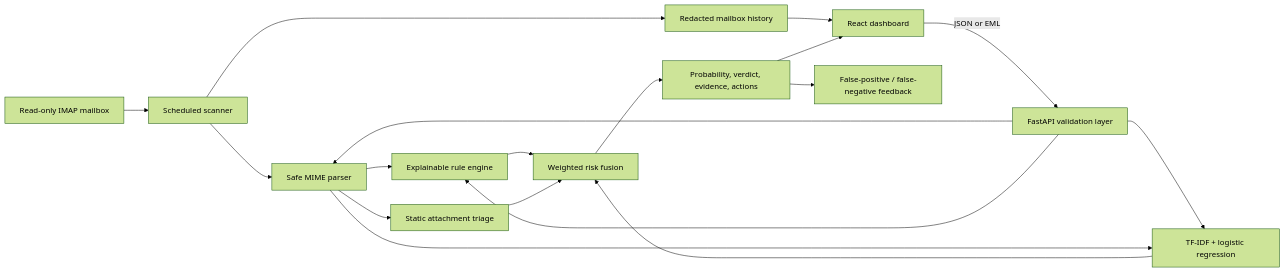
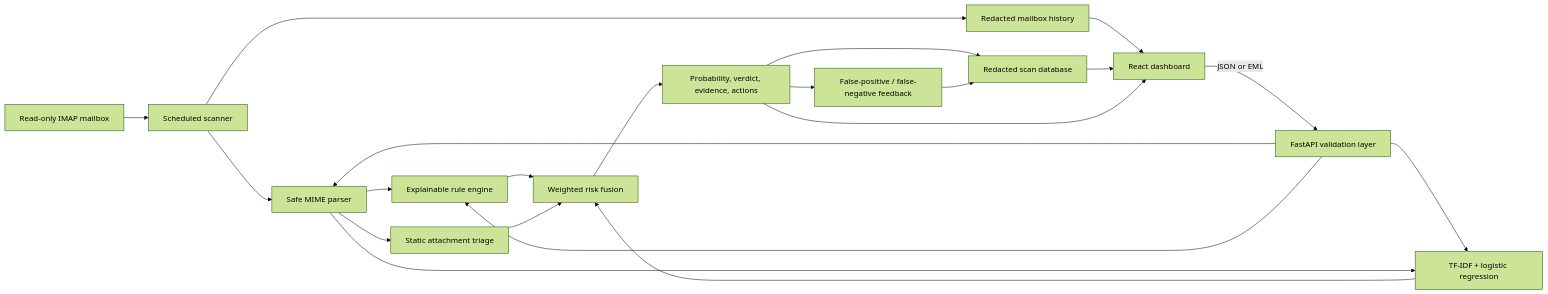
The diagram in README.md (khaledhamadeh2-lgtm/ai-phishing-email-detector), drawn with Mermaid (forest theme) before and after one commit. The commit also changed other lines of this file and 10 other files, not shown here.

````diff
--- a/README.md
+++ b/README.md
@@ -29,20 +29,23 @@
 ```mermaid
 flowchart LR
     Mailbox["Read-only IMAP mailbox"] --> Worker["Scheduled scanner"]
     Worker --> Parser
     UI["React dashboard"] -->|JSON or EML| API["FastAPI validation layer"]
     API --> Parser["Safe MIME parser"]
     API --> Rules["Explainable rule engine"]
     API --> ML["TF-IDF + logistic regression"]
     Parser --> Rules
     Parser --> ML
     Parser --> Attachments["Static attachment triage"]
     Rules --> Fusion["Weighted risk fusion"]
     ML --> Fusion
     Attachments --> Fusion
     Fusion --> Report["Probability, verdict, evidence, actions"]
+    Report --> Store["Redacted scan database"]
     Worker --> History["Redacted mailbox history"]
     History --> UI
+    Store --> UI
     Report --> Feedback["False-positive / false-negative feedback"]
+    Feedback --> Store
     Report --> UI
 ```
````
